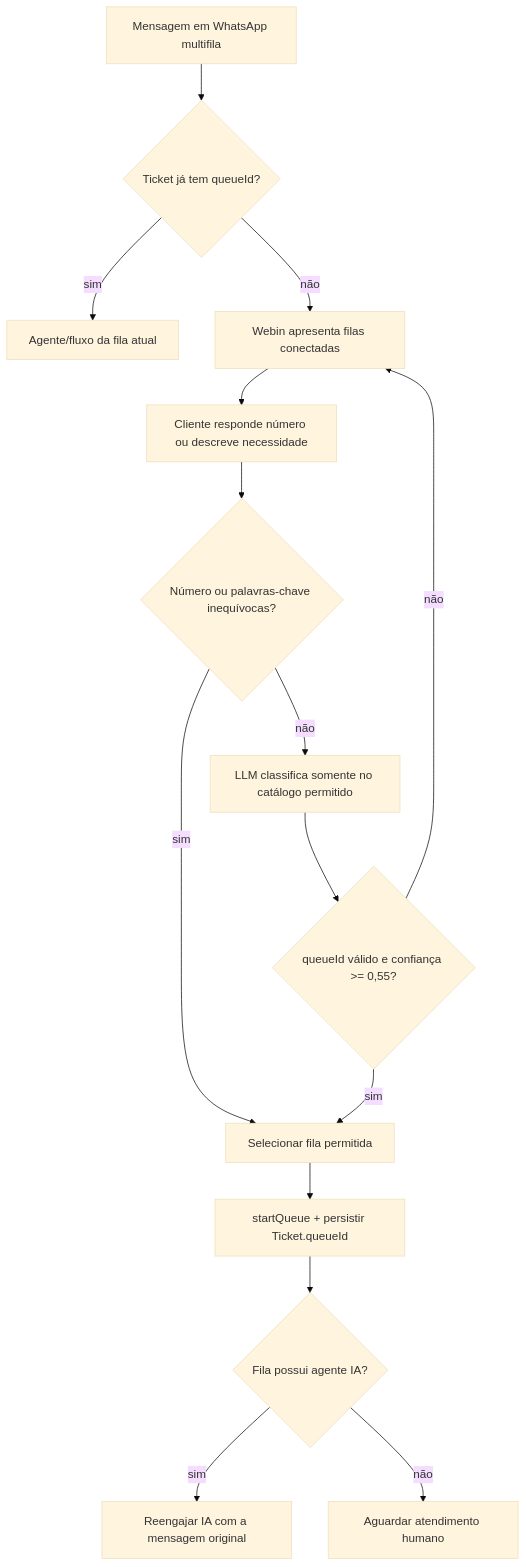
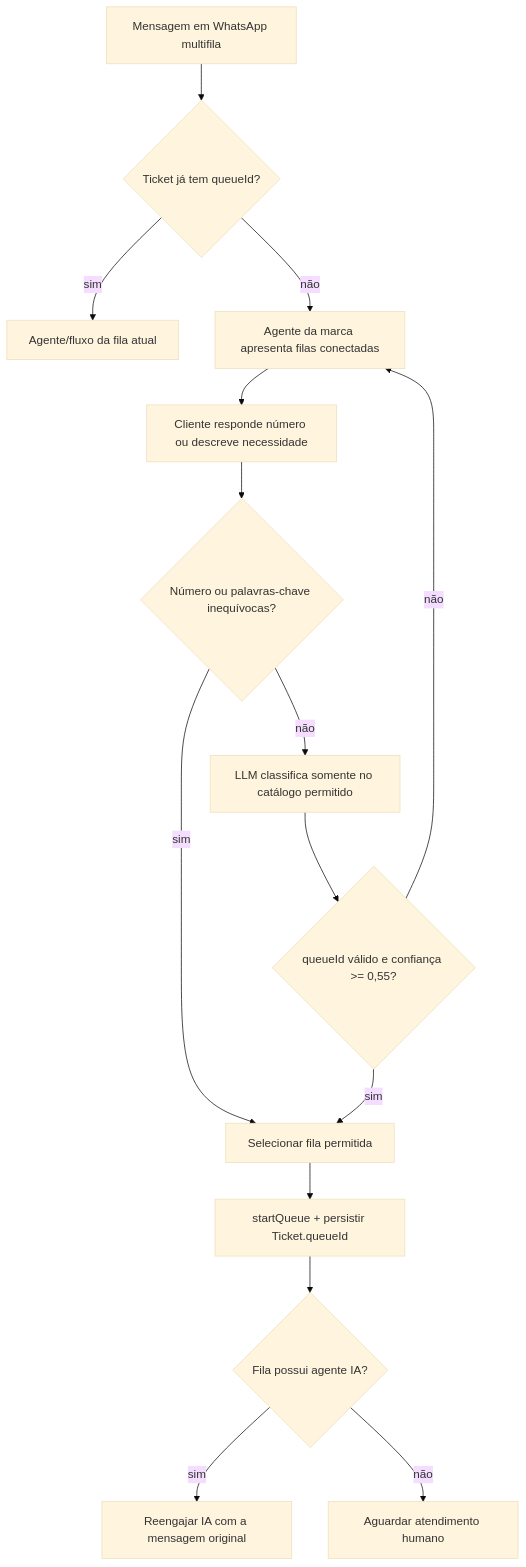
The first of 11 diagrams in docs/MANUAL_PLATAFORMA.md (DOORNESS/ticketz), drawn with Mermaid (base theme) before and after one commit. The commit also changed other lines of this file and 40 other files, not shown here.

````diff
--- a/docs/MANUAL_PLATAFORMA.md
+++ b/docs/MANUAL_PLATAFORMA.md
@@ -398,17 +398,17 @@
 ```mermaid
 flowchart TD
     A[Mensagem em WhatsApp multifila] --> B{Ticket já tem queueId?}
     B -- sim --> C[Agente/fluxo da fila atual]
-    B -- não --> D[Webin apresenta filas conectadas]
+    B -- não --> D[Agente da marca apresenta filas conectadas]
     D --> E[Cliente responde número ou descreve necessidade]
     E --> F{Número ou palavras-chave inequívocas?}
     F -- sim --> G[Selecionar fila permitida]
     F -- não --> H[LLM classifica somente no catálogo permitido]
     H --> I{queueId válido e confiança >= 0,55?}
     I -- sim --> G
     I -- não --> D
     G --> J[startQueue + persistir Ticket.queueId]
     J --> K{Fila possui agente IA?}
     K -- sim --> L[Reengajar IA com a mensagem original]
     K -- não --> M[Aguardar atendimento humano]
 ```
````
